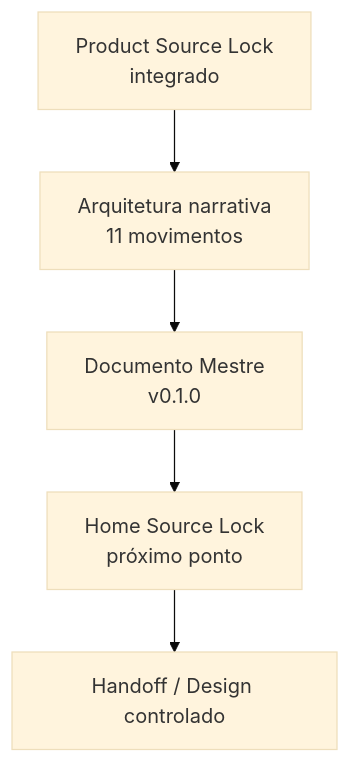
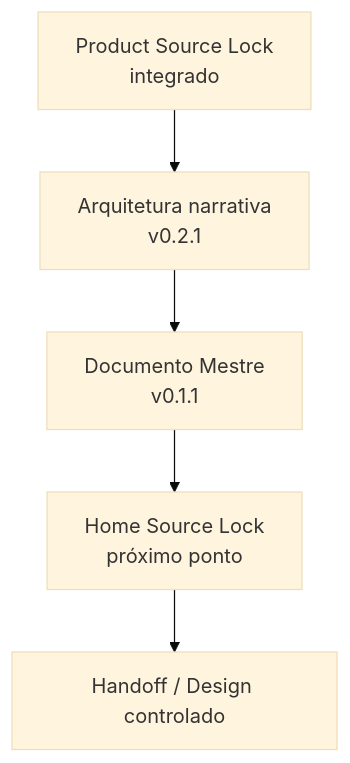
One commit to guivos-repositorio/Guivos-Knowledge-Repository changed the second of 2 diagrams in docs/experience-architecture/public-home-intelligence-master-document.md. Above: the diagram before and after it, drawn with Mermaid (base theme). The commit also changed other lines of this file and 2 other files, not shown here.

````diff
--- a/docs/experience-architecture/public-home-intelligence-master-document.md
+++ b/docs/experience-architecture/public-home-intelligence-master-document.md
@@ -615,7 +724,7 @@
 ```mermaid
 flowchart TD
-    P[Product Source Lock\nintegrado] --> A[Arquitetura narrativa\n11 movimentos]
-    A --> M[Documento Mestre\nv0.1.0]
+    P[Product Source Lock\nintegrado] --> A[Arquitetura narrativa\nv0.2.1]
+    A --> M[Documento Mestre\nv0.1.1]
     M --> S[Home Source Lock\npróximo ponto]
     S --> D[Handoff / Design controlado]
 ```
````
